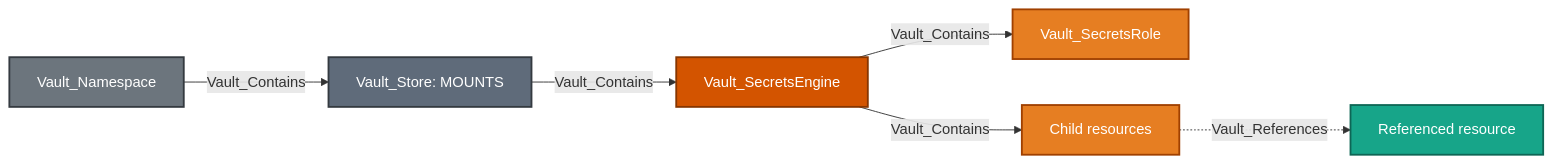
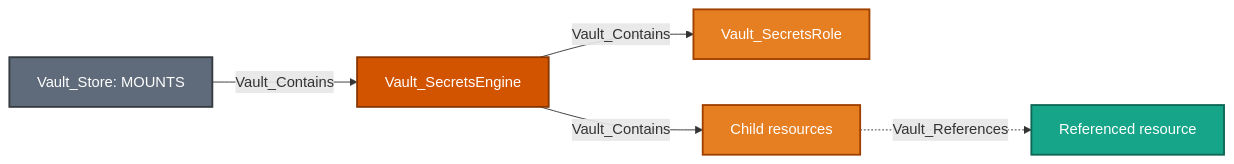
One commit to bytewreck/opengraph-vault changed the first of 28 diagrams in Documentation/stores/MOUNTS.md. Above: the diagram before and after it, drawn with Mermaid. The commit also changed 1 other file, not shown here.

````diff
--- a/Documentation/stores/MOUNTS.md
+++ b/Documentation/stores/MOUNTS.md
@@ -74,14 +74,12 @@
 ```mermaid
 flowchart LR
-    namespace[Vault_Namespace]:::namespaceNode -->|Vault_Contains| store[Vault_Store: MOUNTS]:::storeNode
-    store -->|Vault_Contains| mount[Vault_SecretsEngine]:::mountNode
+    store[Vault_Store: MOUNTS]:::storeNode -->|Vault_Contains| mount[Vault_SecretsEngine]:::mountNode
     mount -->|Vault_Contains| O1[Vault_SecretsRole]:::secretObjectNode
     mount -->|Vault_Contains| O2[Child resources]:::secretObjectNode
     O2 -.->|Vault_References| dependency[Referenced resource]:::referenceNode
 
-    classDef namespaceNode fill:#6C757D,color:#fff,stroke:#343A40,stroke-width:2px
     classDef storeNode fill:#5F6B7A,color:#fff,stroke:#343A40,stroke-width:2px
     classDef mountNode fill:#D35400,color:#fff,stroke:#873600,stroke-width:2px
     classDef secretObjectNode fill:#E67E22,color:#fff,stroke:#A04000,stroke-width:2px
     classDef referenceNode fill:#17A589,color:#fff,stroke:#0E6655,stroke-width:2px
 ```
````
